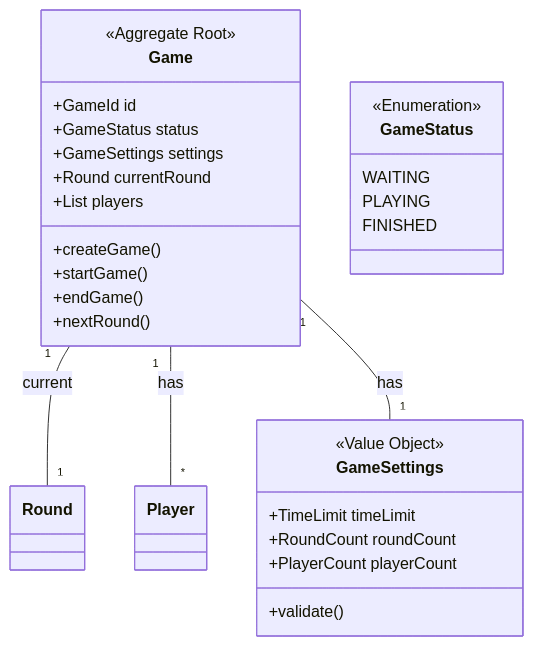
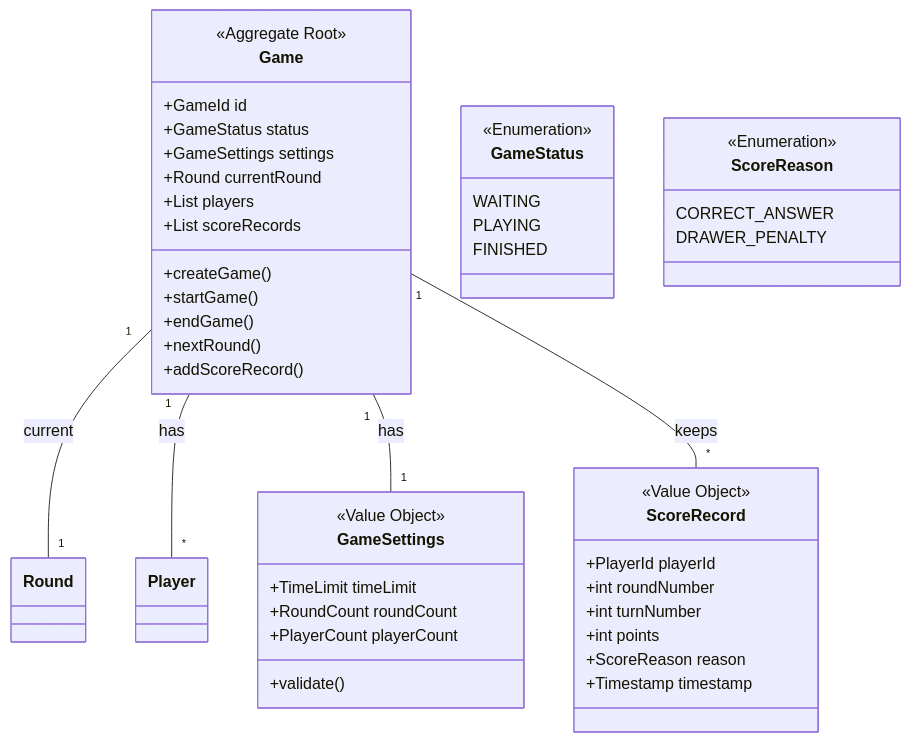
Before and after one commit to otonowa-naka/esiritori: the second of 7 diagrams in design/domain-model.md, drawn with Mermaid. The commit also changed other lines of this file and 3 other files, not shown here.

````diff
--- a/design/domain-model.md
+++ b/design/domain-model.md
@@ -106,34 +123,53 @@
 ```mermaid
 classDiagram
     class Game {
         <<Aggregate Root>>
         +GameId id
         +GameStatus status
         +GameSettings settings
         +Round currentRound
         +List<Player> players
+        +List<ScoreRecord> scoreRecords
         +createGame()
         +startGame()
         +endGame()
         +nextRound()
+        +addScoreRecord()
     }
 
     class GameSettings {
         <<Value Object>>
         +TimeLimit timeLimit
         +RoundCount roundCount
         +PlayerCount playerCount
         +validate()
     }
 
     class GameStatus {
         <<Enumeration>>
         WAITING
         PLAYING
         FINISHED
     }
 
+    class ScoreRecord {
+        <<Value Object>>
+        +PlayerId playerId
+        +int roundNumber
+        +int turnNumber
+        +int points
+        +ScoreReason reason
+        +Timestamp timestamp
+    }
+
+    class ScoreReason {
+        <<Enumeration>>
+        CORRECT_ANSWER
+        DRAWER_PENALTY
+    }
+
     Game "1" -- "1" Round : current
     Game "1" -- "*" Player : has
     Game "1" -- "1" GameSettings : has
+    Game "1" -- "*" ScoreRecord : keeps
 ```
````
